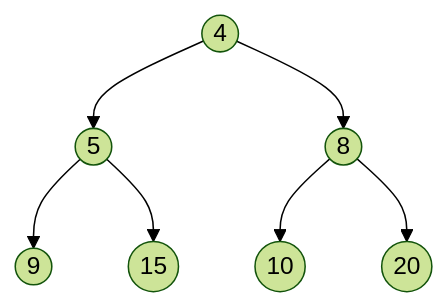
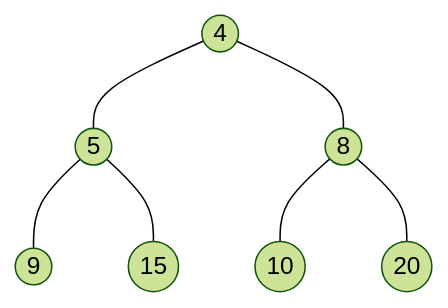
One commit to ruslylove/datastruct changed the first of 17 diagrams in lectures/lect-11-Heap.md. Above: the diagram before and after it, drawn with Mermaid (forest theme). The commit also changed other lines of this file, not shown here.

Commit message:
update diagram and bottom-up heap theorem.

````diff
--- a/lectures/lect-11-Heap.md
+++ b/lectures/lect-11-Heap.md
@@ -68,9 +68,9 @@
 ```mermaid 
 graph TD
-    A((4)) --> B((5))
-    A --> C((8))
-    B --> D((9))
-    B --> E((15))
-    C --> F((10))
-    C --> G((20))
+    A((4)) --- B((5))
+    A --- C((8))
+    B --- D((9))
+    B --- E((15))
+    C --- F((10))
+    C --- G((20))
 ```
````
